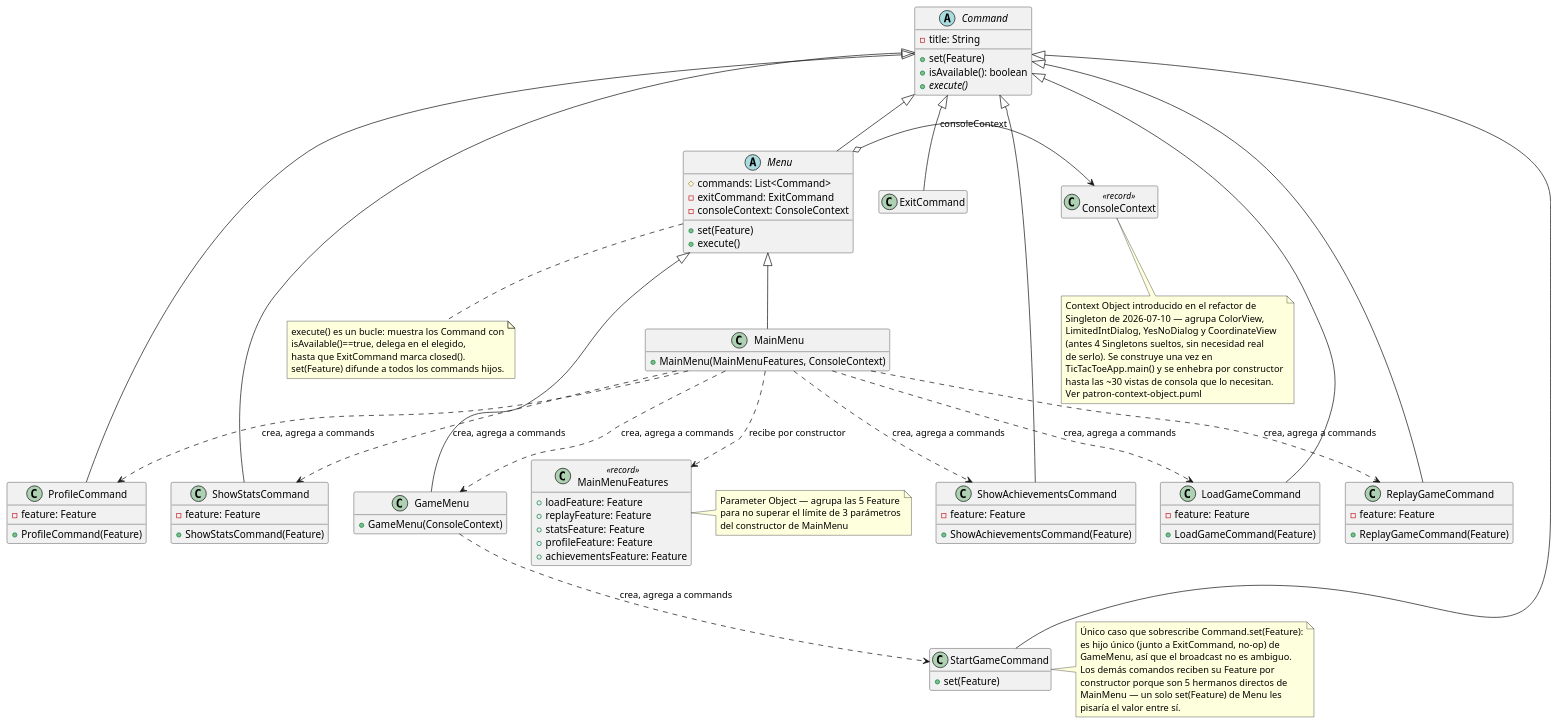
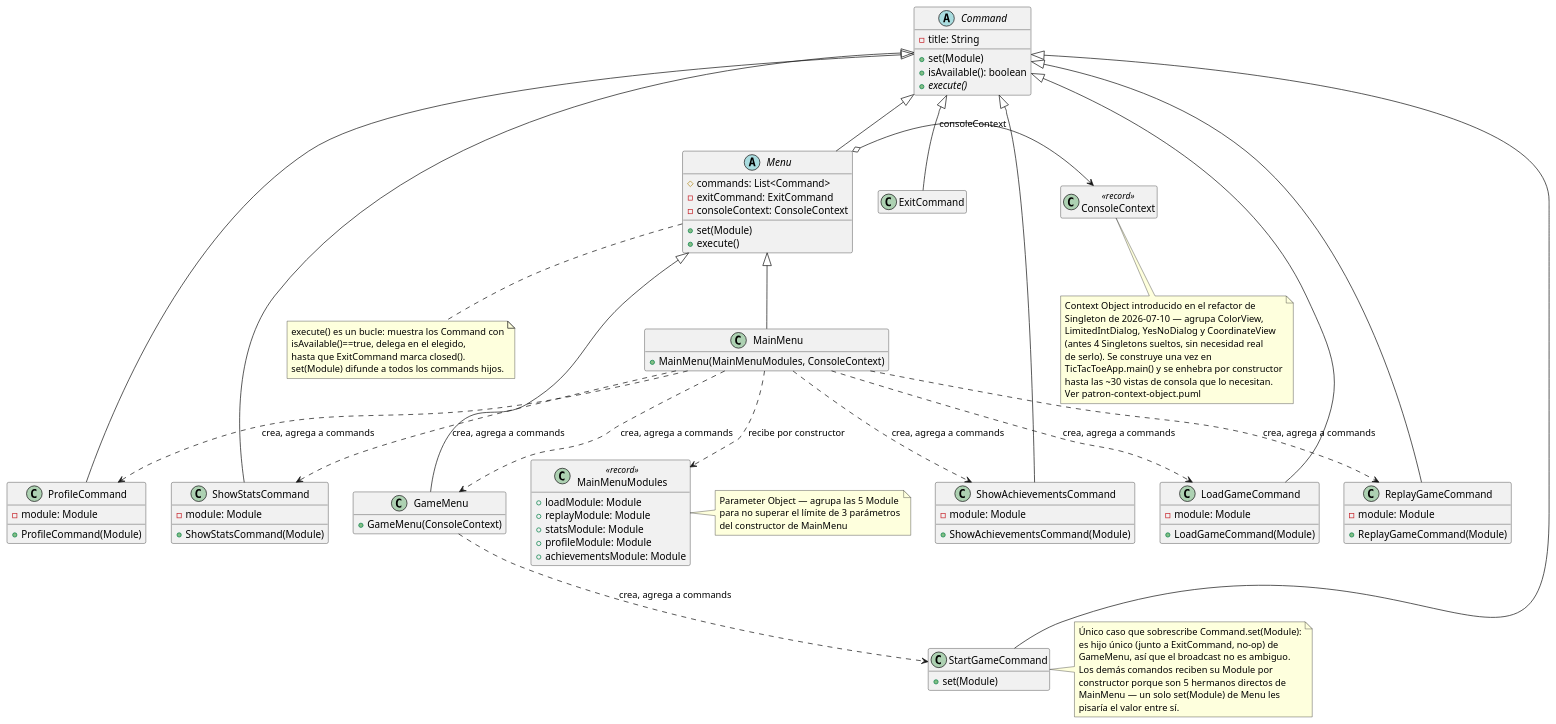
One commit to pcarroza/tictactoe-java changed the diagram in docs/4+1views/logica/patrones/patron-command.puml. Above: the diagram before and after it, drawn with PlantUML. The commit also changed 396 other files, not shown here.

```diff
--- a/docs/4+1views/logica/patrones/patron-command.puml
+++ b/docs/4+1views/logica/patrones/patron-command.puml
@@ -1,110 +1,110 @@
 @startuml patron-command
 hide empty members
 
 abstract class Command {
   -title: String
-  +set(Feature)
+  +set(Module)
   +isAvailable(): boolean
   {abstract} +execute()
 }
 abstract class Menu {
   #commands: List<Command>
   -exitCommand: ExitCommand
   -consoleContext: ConsoleContext
-  +set(Feature)
+  +set(Module)
   +execute()
 }
 class MainMenu {
-  +MainMenu(MainMenuFeatures, ConsoleContext)
+  +MainMenu(MainMenuModules, ConsoleContext)
 }
 class ConsoleContext <<record>>
-class MainMenuFeatures <<record>> {
-  +loadFeature: Feature
-  +replayFeature: Feature
-  +statsFeature: Feature
-  +profileFeature: Feature
-  +achievementsFeature: Feature
+class MainMenuModules <<record>> {
+  +loadModule: Module
+  +replayModule: Module
+  +statsModule: Module
+  +profileModule: Module
+  +achievementsModule: Module
 }
 class GameMenu {
   +GameMenu(ConsoleContext)
 }
 class ExitCommand
 class StartGameCommand {
-  +set(Feature)
+  +set(Module)
 }
 class LoadGameCommand {
-  -feature: Feature
-  +LoadGameCommand(Feature)
+  -module: Module
+  +LoadGameCommand(Module)
 }
 class ReplayGameCommand {
-  -feature: Feature
-  +ReplayGameCommand(Feature)
+  -module: Module
+  +ReplayGameCommand(Module)
 }
 class ShowStatsCommand {
-  -feature: Feature
-  +ShowStatsCommand(Feature)
+  -module: Module
+  +ShowStatsCommand(Module)
 }
 class ProfileCommand {
-  -feature: Feature
-  +ProfileCommand(Feature)
+  -module: Module
+  +ProfileCommand(Module)
 }
 class ShowAchievementsCommand {
-  -feature: Feature
-  +ShowAchievementsCommand(Feature)
+  -module: Module
+  +ShowAchievementsCommand(Module)
 }
 
 Command <|-- Menu
 Menu <|-- MainMenu
 Menu <|-- GameMenu
 Command <|-- ExitCommand
 Command <|-- StartGameCommand
 Command <|-- LoadGameCommand
 Command <|-- ReplayGameCommand
 Command <|-- ShowStatsCommand
 Command <|-- ProfileCommand
 Command <|-- ShowAchievementsCommand
 
 Menu o-> ConsoleContext : consoleContext
-MainMenu ..> MainMenuFeatures : recibe por constructor
+MainMenu ..> MainMenuModules : recibe por constructor
 MainMenu ..> GameMenu : crea, agrega a commands
 MainMenu ..> LoadGameCommand : crea, agrega a commands
 MainMenu ..> ReplayGameCommand : crea, agrega a commands
 MainMenu ..> ShowStatsCommand : crea, agrega a commands
 MainMenu ..> ProfileCommand : crea, agrega a commands
 MainMenu ..> ShowAchievementsCommand : crea, agrega a commands
 GameMenu ..> StartGameCommand : crea, agrega a commands
 
 note bottom of Menu
   execute() es un bucle: muestra los Command con
   isAvailable()==true, delega en el elegido,
   hasta que ExitCommand marca closed().
-  set(Feature) difunde a todos los commands hijos.
+  set(Module) difunde a todos los commands hijos.
 end note
 
-note right of MainMenuFeatures
-  Parameter Object — agrupa las 5 Feature
+note right of MainMenuModules
+  Parameter Object — agrupa las 5 Module
   para no superar el límite de 3 parámetros
   del constructor de MainMenu
 end note
 
 note right of StartGameCommand
-  Único caso que sobrescribe Command.set(Feature):
+  Único caso que sobrescribe Command.set(Module):
   es hijo único (junto a ExitCommand, no-op) de
   GameMenu, así que el broadcast no es ambiguo.
-  Los demás comandos reciben su Feature por
+  Los demás comandos reciben su Module por
   constructor porque son 5 hermanos directos de
-  MainMenu — un solo set(Feature) de Menu les
+  MainMenu — un solo set(Module) de Menu les
   pisaría el valor entre sí.
 end note
 
 note bottom of ConsoleContext
   Context Object introducido en el refactor de
   Singleton de 2026-07-10 — agrupa ColorView,
   LimitedIntDialog, YesNoDialog y CoordinateView
   (antes 4 Singletons sueltos, sin necesidad real
   de serlo). Se construye una vez en
   TicTacToeApp.main() y se enhebra por constructor
   hasta las ~30 vistas de consola que lo necesitan.
   Ver patron-context-object.puml
 end note
 @enduml
```
